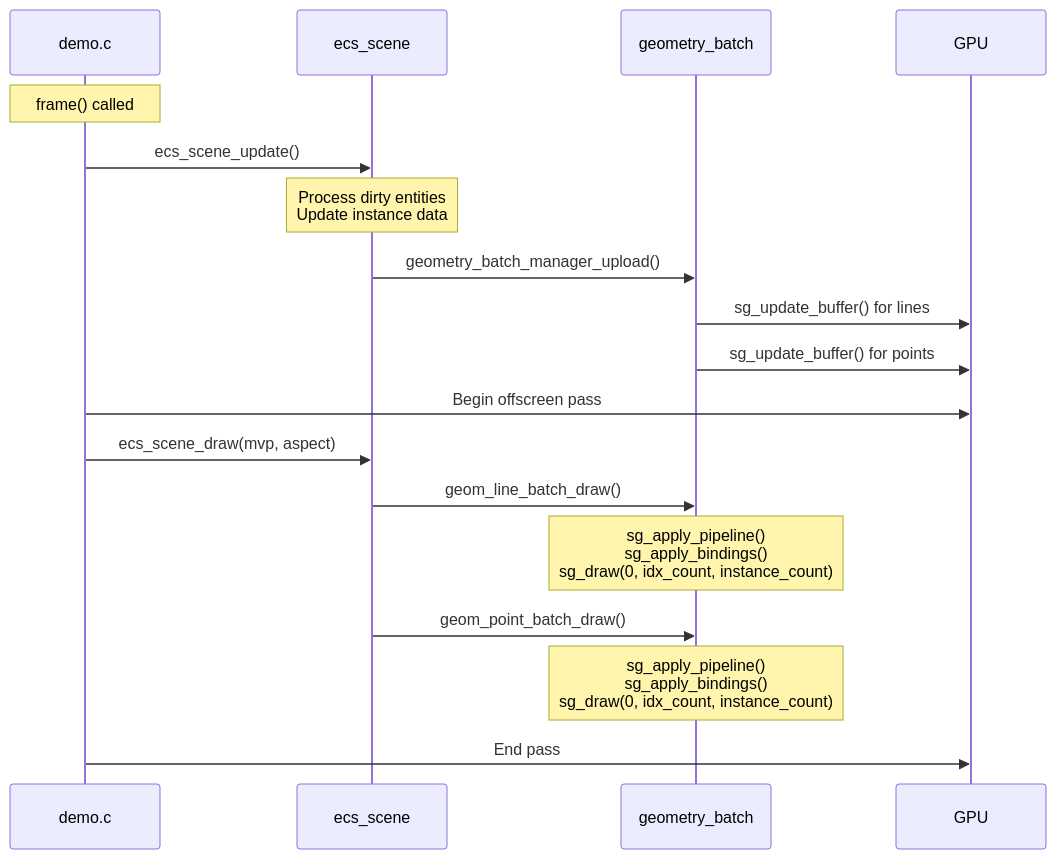
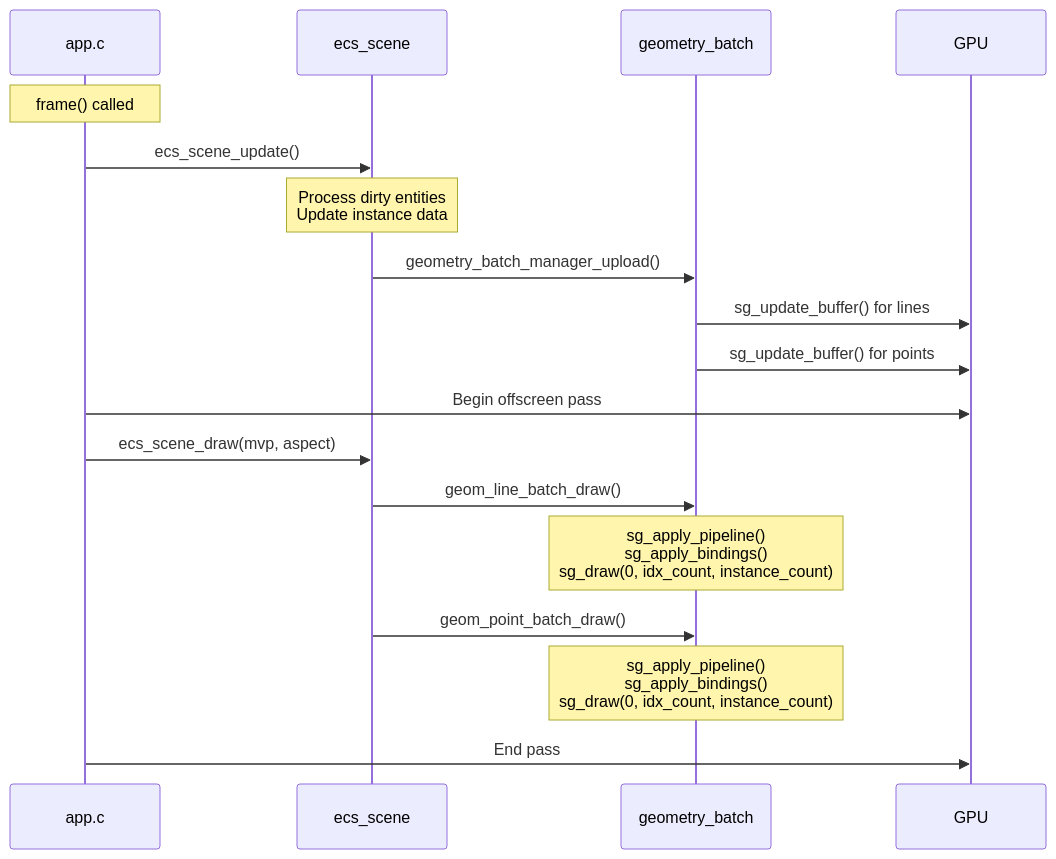
Before and after one commit to MidnightDisplay/mdCAD: the tenth of 15 diagrams in docs/ECS_RENDERING_PRIMER.md, drawn with Mermaid. The commit also changed 29 other files, not shown here.

````diff
--- a/docs/ECS_RENDERING_PRIMER.md
+++ b/docs/ECS_RENDERING_PRIMER.md
@@ -409,27 +409,27 @@
 ```mermaid
 sequenceDiagram
-    participant App as demo.c
+    participant App as app.c
     participant Scene as ecs_scene
     participant Batch as geometry_batch
     participant GPU
 
     Note over App: frame() called
 
     App->>Scene: ecs_scene_update()
     Note over Scene: Process dirty entities<br/>Update instance data
 
     Scene->>Batch: geometry_batch_manager_upload()
     Batch->>GPU: sg_update_buffer() for lines
     Batch->>GPU: sg_update_buffer() for points
 
     App->>GPU: Begin offscreen pass
 
     App->>Scene: ecs_scene_draw(mvp, aspect)
     Scene->>Batch: geom_line_batch_draw()
     Note over Batch: sg_apply_pipeline()<br/>sg_apply_bindings()<br/>sg_draw(0, idx_count, instance_count)
 
     Scene->>Batch: geom_point_batch_draw()
     Note over Batch: sg_apply_pipeline()<br/>sg_apply_bindings()<br/>sg_draw(0, idx_count, instance_count)
 
     App->>GPU: End pass
 ```
````
